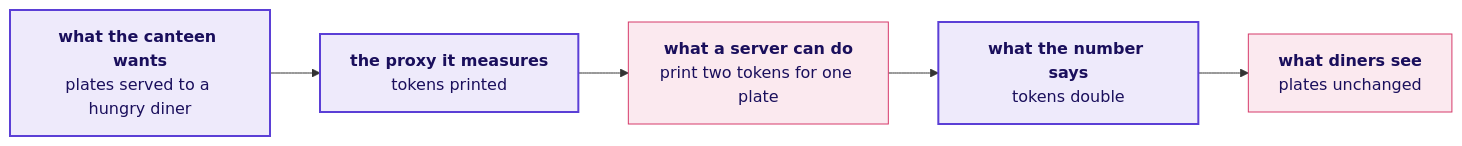
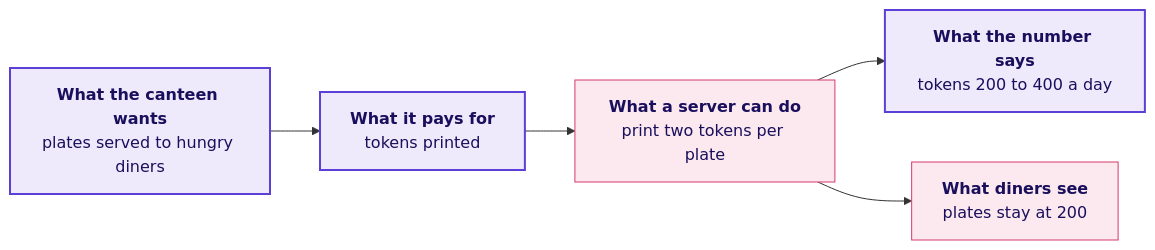
Before and after one commit to fde-academy-lab/c2-content-factory: the third of 10 diagrams in content/W04/D1/slides/C2_W04_D01_half1_STUDENT.md, drawn with Mermaid. The commit also changed other lines of this file and 24 other files, not shown here.

````diff
--- a/content/W04/D1/slides/C2_W04_D01_half1_STUDENT.md
+++ b/content/W04/D1/slides/C2_W04_D01_half1_STUDENT.md
@@ -132,11 +205,11 @@
 ```mermaid
 flowchart LR
-    S["<b>what the canteen wants</b><br/>plates served to a hungry diner"] --> P["<b>the proxy it measures</b><br/>tokens printed"]
-    P --> C["<b>what a server can do</b><br/>print two tokens for one plate"]
-    C --> X["<b>what the number says</b><br/>tokens double"]
-    X --> Y["<b>what diners see</b><br/>plates unchanged"]
+    G["<b>What the canteen wants</b><br/>plates served to hungry diners"] --> P["<b>What it pays for</b><br/>tokens printed"]
+    P --> C["<b>What a server can do</b><br/>print two tokens per plate"]
+    C --> N["<b>What the number says</b><br/>tokens 200 to 400 a day"]
+    C --> D["<b>What diners see</b><br/>plates stay at 200"]
     classDef known fill:#EEEAFB,stroke:#5B3FD6,color:#1A0F5C,stroke-width:2px
     classDef bad fill:#FBE9EF,stroke:#D63A6A,color:#1A0F5C
-    class S,P,X known
-    class C,Y bad
+    class G,P,N known
+    class C,D bad
 ```
````
